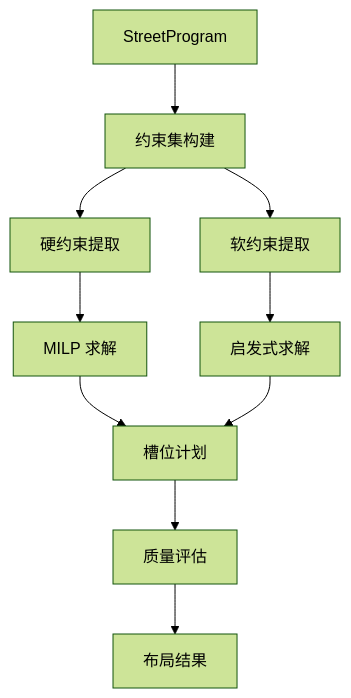
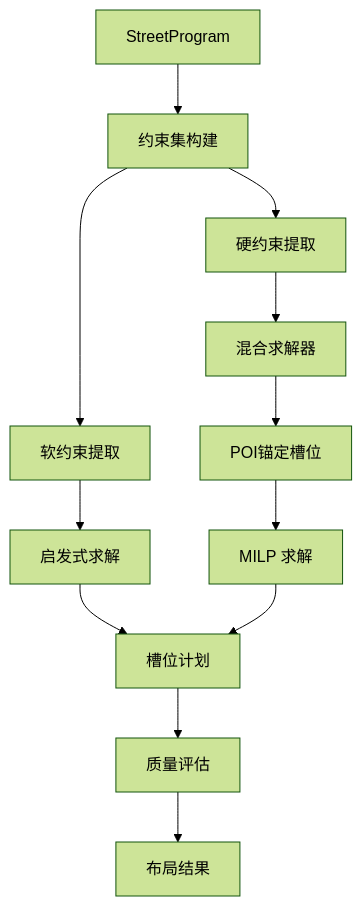
Before and after one commit to wsqstar/RoadGen3D: diagram 12 of 19 in .qoder/repowiki/zh/content/系统架构/系统架构.md, drawn with Mermaid (forest theme). The commit also changed other lines of this file and 8 other files, not shown here.

First line of the commit message:
feat(docs): update architecture docs with Auto Scene Pipeline and API details

````diff
--- a/.qoder/repowiki/zh/content/系统架构/系统架构.md
+++ b/.qoder/repowiki/zh/content/系统架构/系统架构.md
@@ -505,12 +582,14 @@
 ```mermaid
 flowchart TD
 Program["StreetProgram"] --> ConstraintSet["约束集构建"]
 ConstraintSet --> HardConstraints["硬约束提取"]
 ConstraintSet --> SoftConstraints["软约束提取"]
-HardConstraints --> MILPSolver["MILP 求解"]
+HardConstraints --> HybridSolver["混合求解器"]
 SoftConstraints --> HeuristicSolver["启发式求解"]
-MILPSolver --> SlotPlan["槽位计划"]
-HeuristicSolver --> SlotPlan
+HybridSolver --> POIAnchor["POI锚定槽位"]
+POIAnchor --> MILPSolver["MILP 求解"]
+HeuristicSolver --> SlotPlan["槽位计划"]
+MILPSolver --> SlotPlan
 SlotPlan --> QualityEval["质量评估"]
 QualityEval --> Result["布局结果"]
 ```
````
